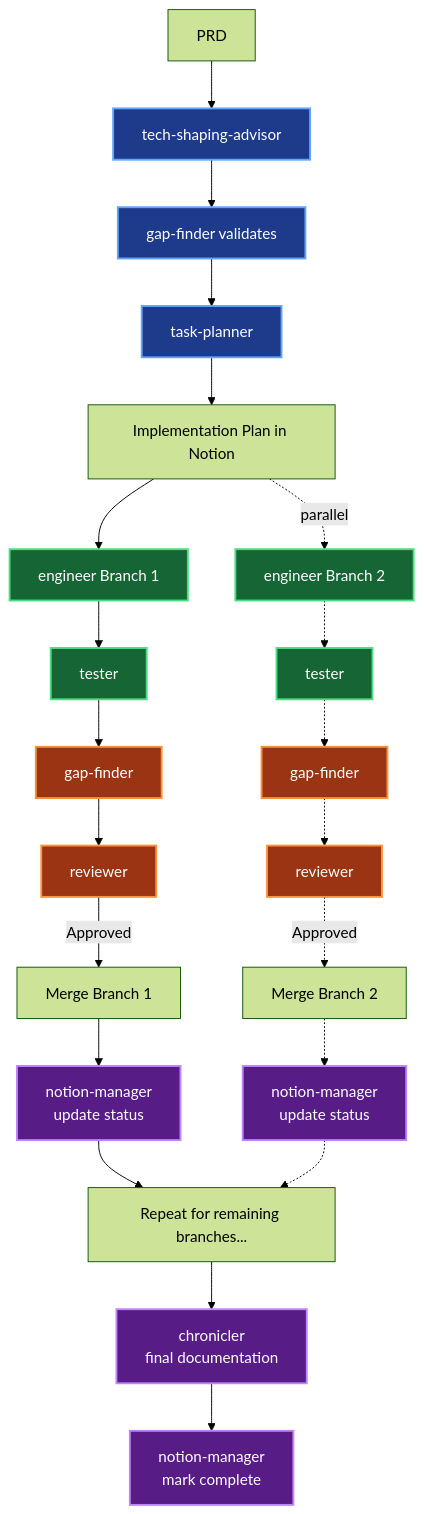
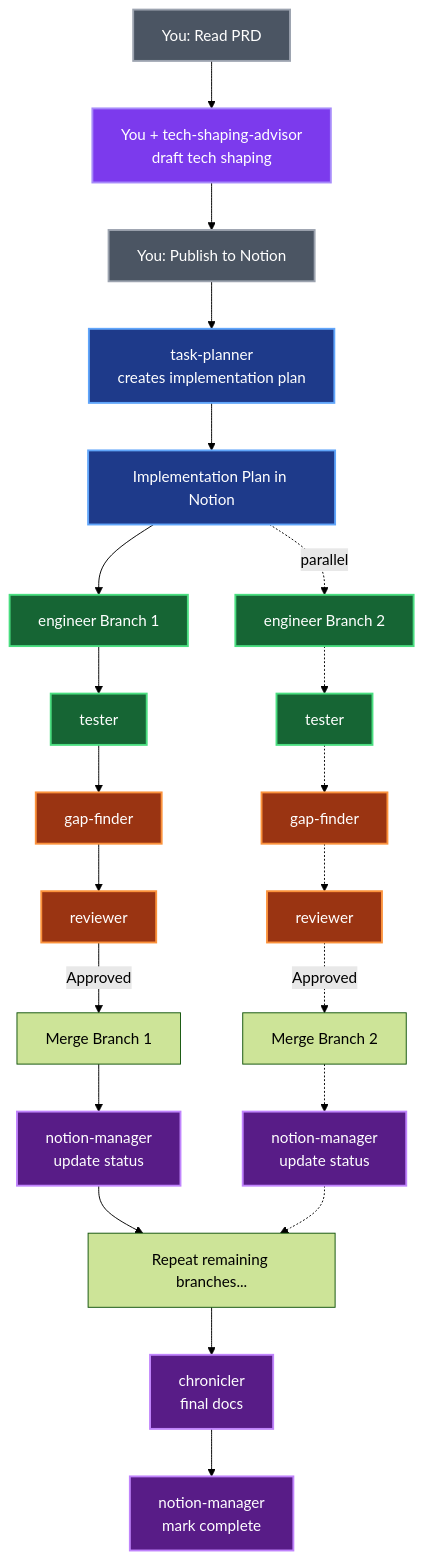
The diagram in README.md (andymai/claude-agent-team), drawn with Mermaid (forest theme) before and after one commit. The commit also changed other lines of this file and 4 other files, not shown here.

````diff
--- a/README.md
+++ b/README.md
@@ -96,41 +99,45 @@
 ```mermaid
 graph TD
-    A[PRD] --> B[tech-shaping-advisor]
-    B --> C[gap-finder validates]
-    C --> D[task-planner]
+    A[You: Read PRD] --> B[You + tech-shaping-advisor<br/>draft tech shaping]
+    B --> C[You: Publish to Notion]
+    C --> D[task-planner<br/>creates implementation plan]
     D --> E[Implementation Plan in Notion]
 
     E --> F[engineer Branch 1]
     E -.->|parallel| G[engineer Branch 2]
 
     F --> H[tester]
     G -.-> I[tester]
 
     H --> J[gap-finder]
     I -.-> K[gap-finder]
 
     J --> L[reviewer]
     K -.-> M[reviewer]
 
     L -->|Approved| N[Merge Branch 1]
     M -.->|Approved| O[Merge Branch 2]
 
     N --> P[notion-manager<br/>update status]
     O -.-> Q[notion-manager<br/>update status]
 
-    P --> R[Repeat for remaining branches...]
+    P --> R[Repeat remaining branches...]
     Q -.-> R
 
-    R --> S[chronicler<br/>final documentation]
+    R --> S[chronicler<br/>final docs]
     S --> T[notion-manager<br/>mark complete]
 
+    classDef human fill:#4b5563,stroke:#9ca3af,stroke-width:2px,color:#fff
+    classDef collaborative fill:#7c3aed,stroke:#a78bfa,stroke-width:2px,color:#fff
     classDef planning fill:#1e3a8a,stroke:#60a5fa,stroke-width:2px,color:#fff
     classDef implementing fill:#166534,stroke:#4ade80,stroke-width:2px,color:#fff
     classDef reviewing fill:#9a3412,stroke:#fb923c,stroke-width:2px,color:#fff
     classDef documenting fill:#581c87,stroke:#c084fc,stroke-width:2px,color:#fff
 
-    class B,C,D planning
+    class A,C human
+    class B collaborative
+    class D,E planning
     class F,G,H,I implementing
     class J,K,L,M reviewing
     class P,Q,S,T documenting
 ```
````
